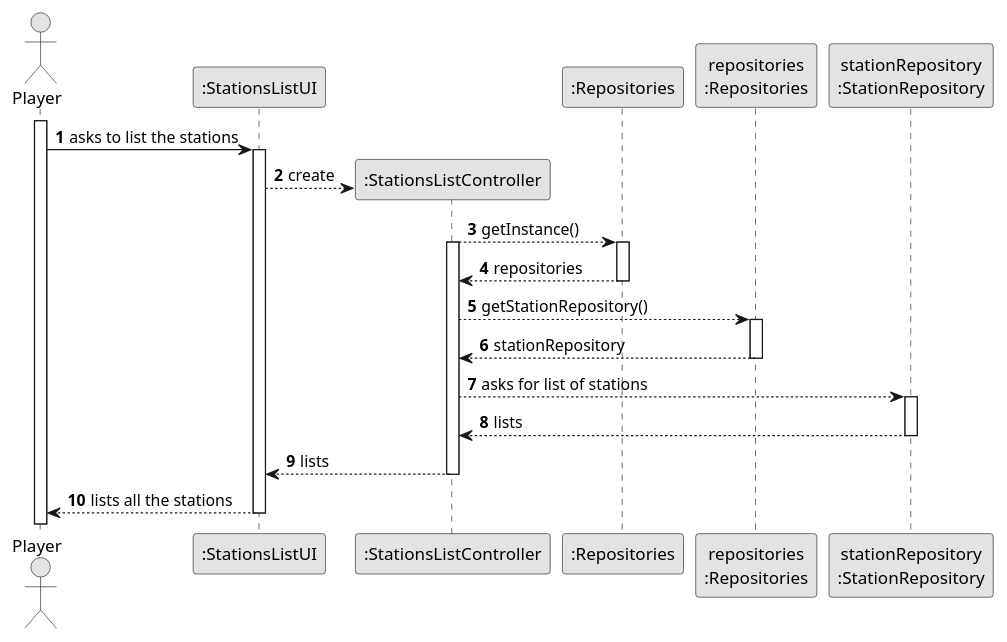
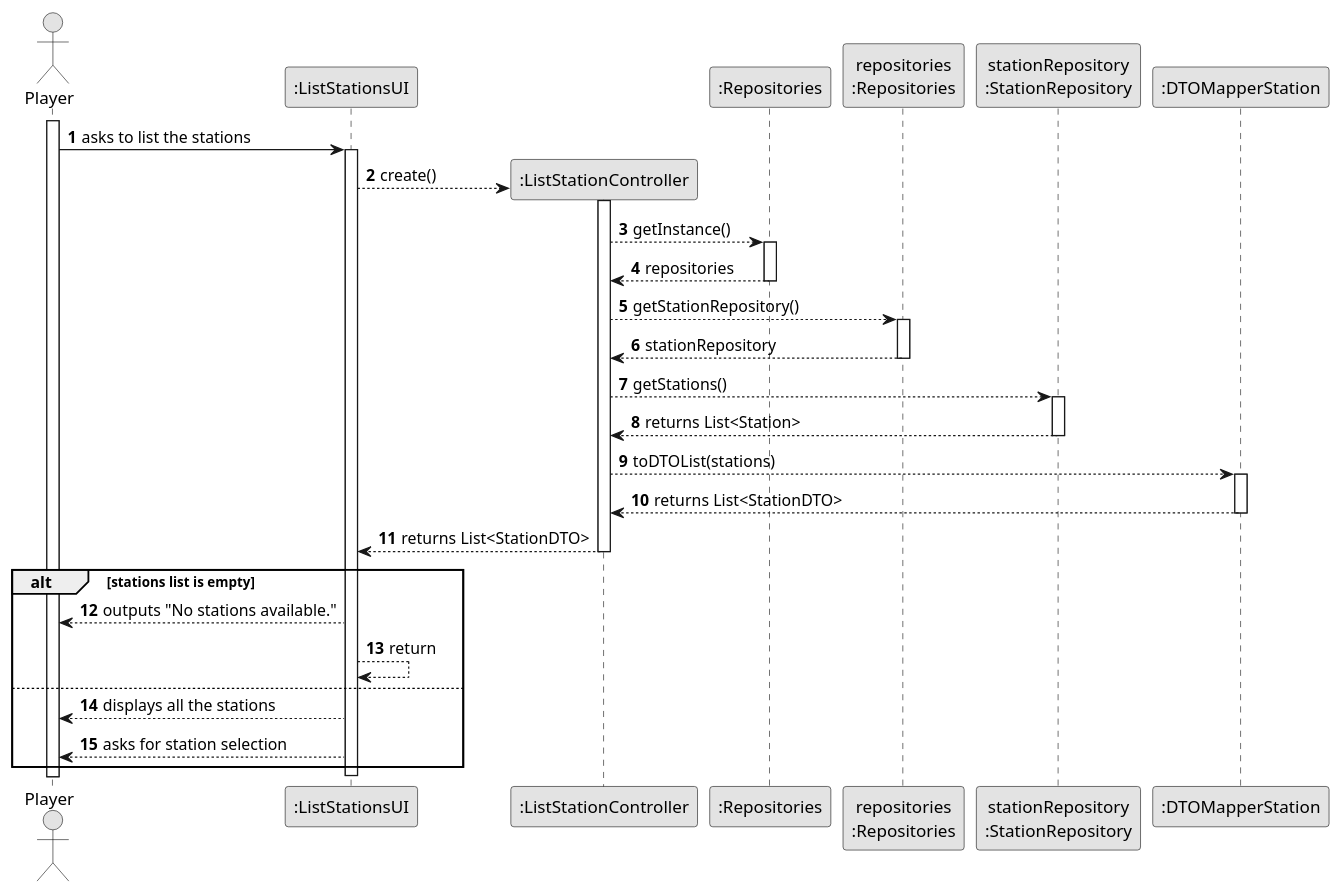
Before and after one commit to goncalolopesp/sem2-pi-24.25-g093-repo: the diagram in docs/system-documentation/US007/03.design/puml/US007-SD-listStations.puml, drawn with PlantUML. The commit also changed 3 other files, not shown here.

Commit message:
US007 - Updated Design's Partial and Split Diagrams

```diff
--- a/docs/system-documentation/US007/03.design/puml/US007-SD-listStations.puml
+++ b/docs/system-documentation/US007/03.design/puml/US007-SD-listStations.puml
@@ -1,51 +1,58 @@
 @startuml
 skinparam monochrome true
 skinparam packageStyle rectangle
 skinparam shadowing false
 
 autonumber
 
-actor "Player" as Employee
-participant ":StationsListUI" as StationsListUI
+actor "Player" as Player
+participant ":ListStationsUI" as ListStationsUI
 
-activate Employee
+activate Player
 
-Employee -> StationsListUI : asks to list the stations
-activate StationsListUI
+Player -> ListStationsUI : asks to list the stations
+activate ListStationsUI
 
-create ":StationsListController" as StationsListController
-
-StationsListUI --> StationsListController : create
-
-
+create ":ListStationController" as ListStationController
+ListStationsUI --> ListStationController : create()
+activate ListStationController
 
 participant ":Repositories" as Repositories
-participant "repositories\n:Repositories" as Repo
-participant "stationRepository\n:StationRepository" as stationRepository
+participant "repositories\n:Repositories" as repo
+participant "stationRepository\n:StationRepository" as srepo
+participant ":DTOMapperStation" as DTOMapper
 
-StationsListController --> Repositories : getInstance()
-activate StationsListController
+ListStationController --> Repositories : getInstance()
 activate Repositories
-
-Repositories --> StationsListController : repositories
-
+Repositories --> ListStationController : repositories
 deactivate Repositories
 
-StationsListController --> Repo : getStationRepository()
-activate Repo
+ListStationController --> repo : getStationRepository()
+activate repo
+repo --> ListStationController : stationRepository
+deactivate repo
 
-Repo --> StationsListController : stationRepository
-deactivate Repo
+ListStationController --> srepo : getStations()
+activate srepo
+srepo --> ListStationController : returns List<Station>
+deactivate srepo
 
+ListStationController --> DTOMapper : toDTOList(stations)
+activate DTOMapper
+DTOMapper --> ListStationController : returns List<StationDTO>
+deactivate DTOMapper
 
-StationsListController --> stationRepository : asks for list of stations
-activate stationRepository
-stationRepository --> StationsListController : lists
-deactivate stationRepository
-StationsListController --> StationsListUI : lists
+ListStationController --> ListStationsUI : returns List<StationDTO>
+deactivate ListStationController
 
-deactivate StationsListController
+alt stations list is empty
+    ListStationsUI --> Player : outputs "No stations available."
+    ListStationsUI --> ListStationsUI : return
+else
+    ListStationsUI --> Player : displays all the stations
+    ListStationsUI --> Player : asks for station selection
+end
 
-StationsListUI --> Employee : lists all the stations
-deactivate StationsListUI
+deactivate ListStationsUI
+
 @enduml
```
